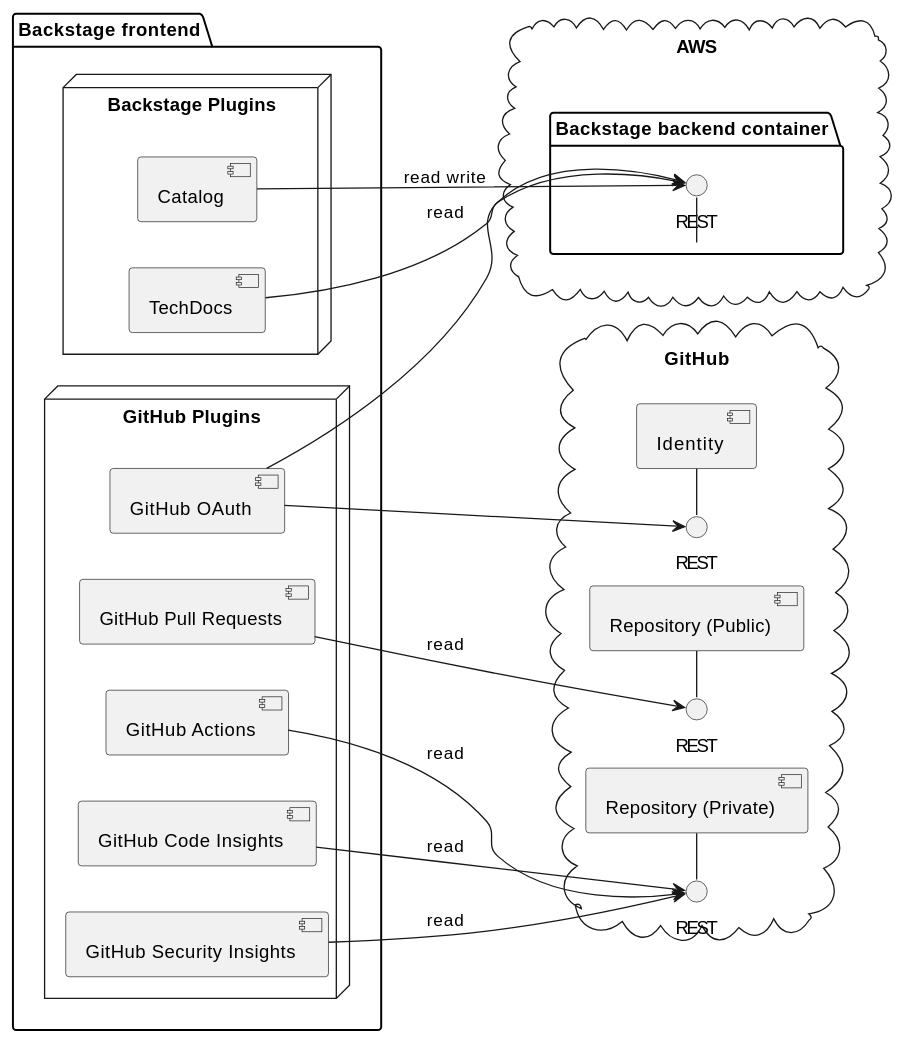
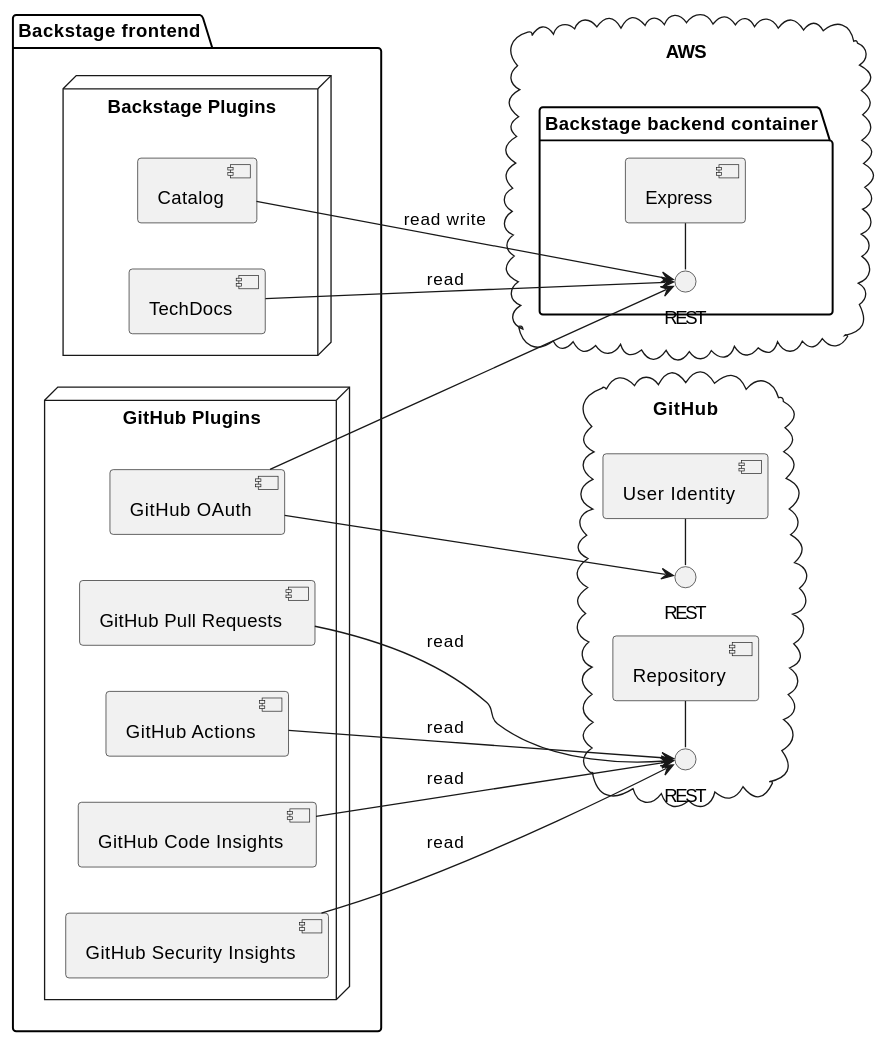
The fourth of 4 diagrams in docs/deployment.md (keyluck/lighthouse-backstage), drawn with PlantUML before and after one commit. The commit also changed other lines of this file, not shown here.

Commit message:
0.6 (#68)
added frontend to backend diagram and express server to both component diagrams

````diff
--- a/docs/deployment.md
+++ b/docs/deployment.md
@@ -150,38 +154,36 @@
 ```plantuml
 left to right direction
 cloud "AWS\n" {
-  package "Backstage backend container" {
-    interface "REST" as BackstageAPI
-    BackstageAPI - [Backstage backend container]
+  package container as "Backstage backend container" {
+    interface BackstageAPI as "REST"
+    BackstageAPI - [Express]
   }
 }
 
 package "Backstage frontend" {
  
   node "GitHub Plugins\n" {
     [GitHub OAuth] --> BackstageAPI 
     [GitHub Pull Requests] 
     [GitHub Actions]
     [GitHub Code Insights]
     [GitHub Security Insights]
   }
   node "Backstage Plugins\n" {
     [Catalog] --> BackstageAPI : "read write"
     [TechDocs] --> BackstageAPI : read
   }
 }
 
 cloud "GitHub\n" {
   interface "REST" as RepoAPI
-  interface "REST" as RepoPrivateAPI
   interface "REST" as OAuth
-  RepoAPI - [Repository (Public)]
-  RepoPrivateAPI - [Repository (Private)]
-  OAuth - [Identity]
+  RepoAPI - [Repository]
+  OAuth - [User Identity]
   [GitHub OAuth] --> [OAuth]
   [GitHub Pull Requests] --> RepoAPI : read
-  [GitHub Actions] --> RepoPrivateAPI : read
-  [GitHub Code Insights] --> RepoPrivateAPI : read
-  [GitHub Security Insights] --> RepoPrivateAPI : read
+  [GitHub Actions] --> RepoAPI : read
+  [GitHub Code Insights] --> RepoAPI : read
+  [GitHub Security Insights] --> RepoAPI : read
 }
 ```
````
